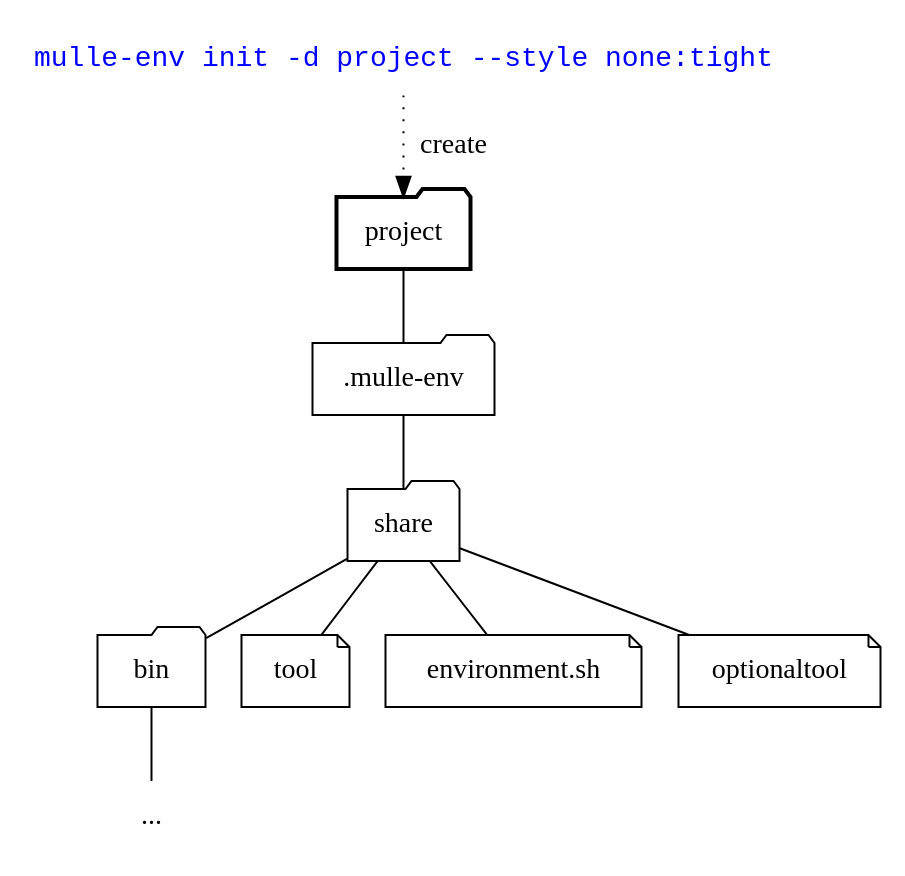
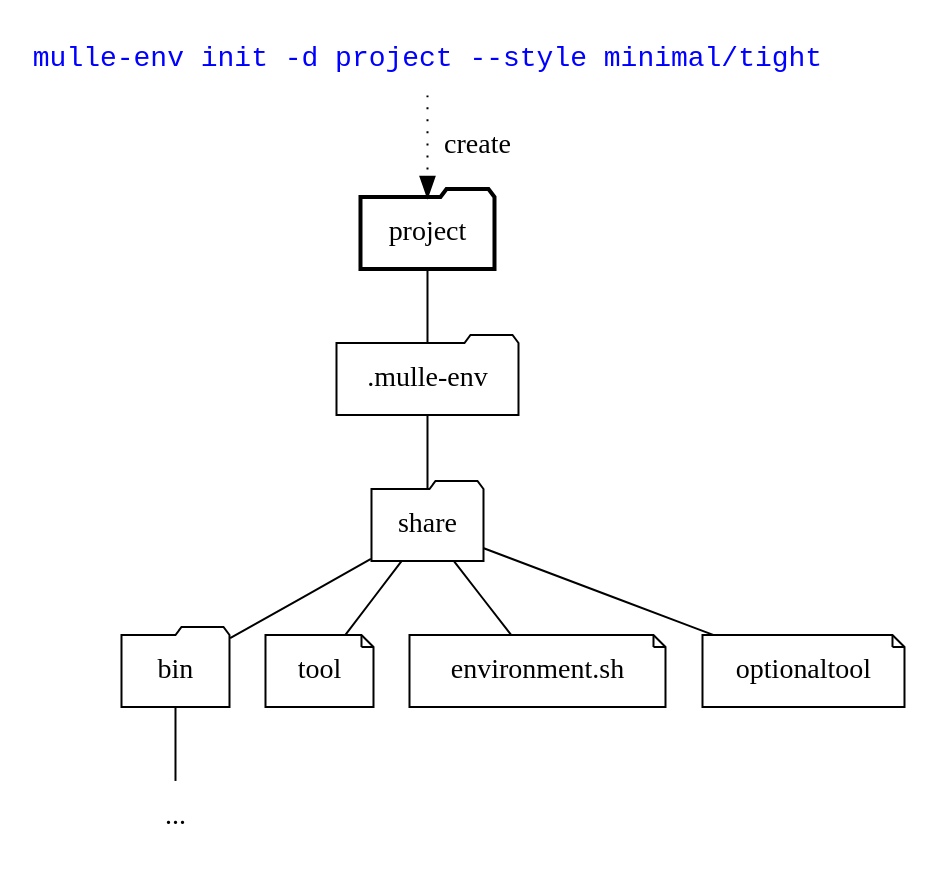
One commit to mulle-sde/mulle-env changed the diagram in dox/mulle-env-overview.dot. Above: the diagram before and after it, drawn with Graphviz. The commit also changed 5 other files, not shown here.

```diff
--- a/dox/mulle-env-overview.dot
+++ b/dox/mulle-env-overview.dot
@@ -1,29 +1,29 @@
 digraph G {
     graph [rankdir = TD];
 
     node[shape=note];
     edge[arrowhead=none];
 
-        "mulle-env init" [ label="mulle-env init -d project --style none:tight",
+        "mulle-env init" [ label="mulle-env init -d project --style minimal/tight",
                            fontname="monospace",
                            fontcolor="blue",
                            shape="none" ]
 
         "mulle-env init" -> "project" [ arrowhead="", style="dotted", label=" create"]
          "project"     [ shape="folder", penwidth="2" ]
         ".mulle-env"   [ shape="folder" ]
         "share"        [ shape="folder" ]
         "bin"          [ shape="folder" ]
 
         "tool"
         "environment.sh"
 
         "project"    ->  ".mulle-env"
         ".mulle-env" ->  "share"
         "share"      -> "environment.sh"
         "share"      -> "tool"
         "share"      -> "optionaltool"
         "share"      -> "bin"
         "bin"        ->     "..."
         "..." [ shape="none"]
 }
```
